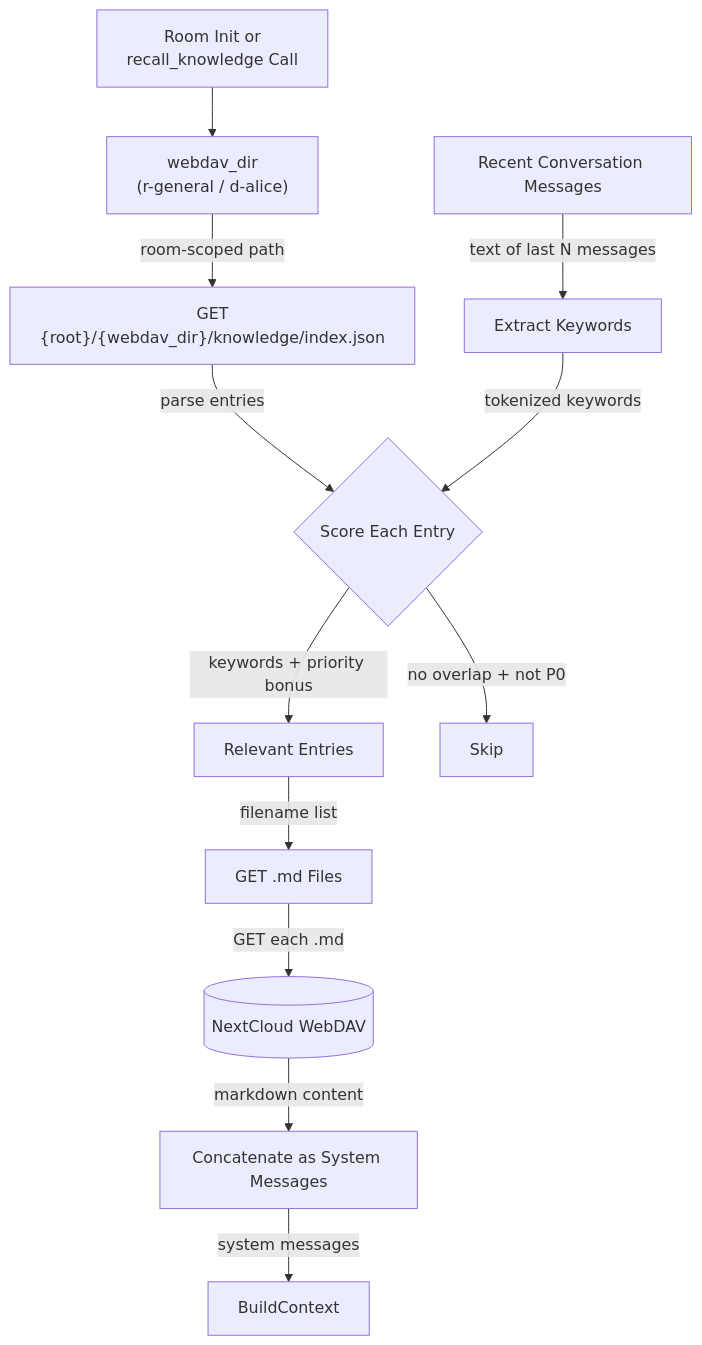
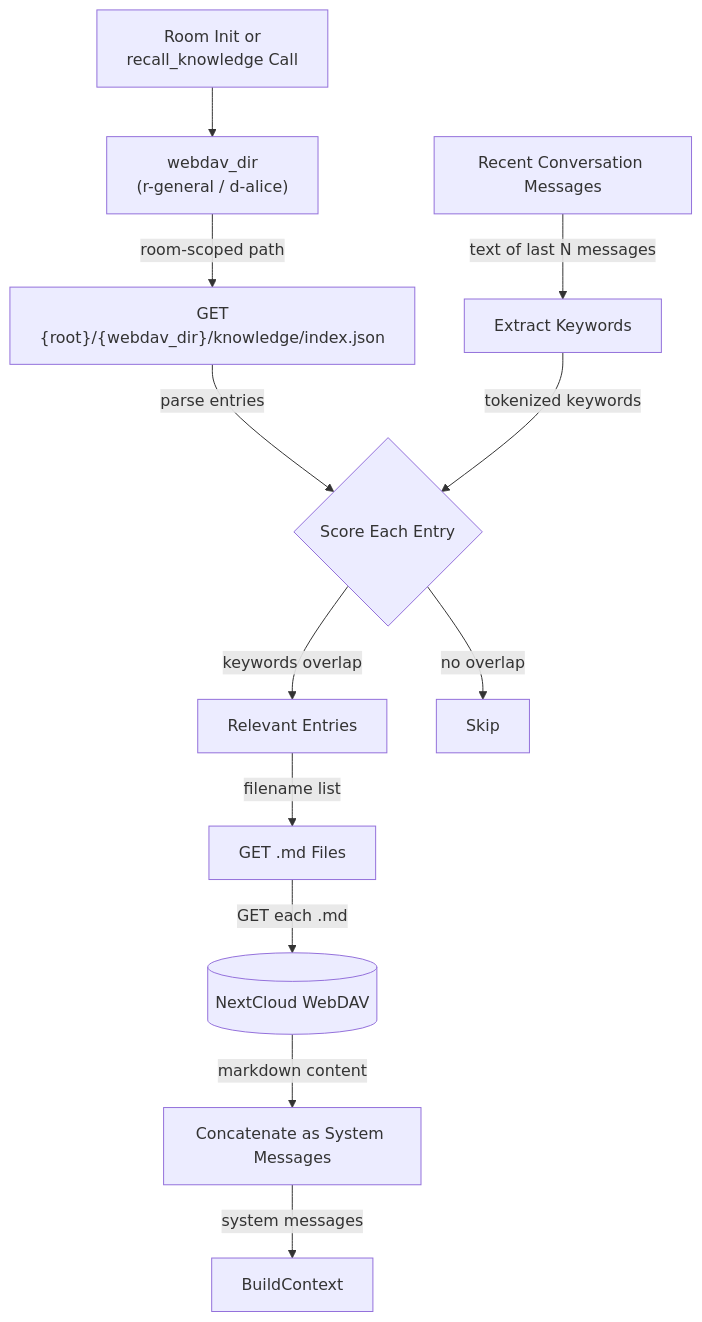
The fifth of 5 diagrams in _dfds/base/knowledge.md (cosmoswafer/rockbot), drawn with Mermaid before and after one commit. The commit also changed other lines of this file and 6 other files, not shown here.

````diff
--- a/_dfds/base/knowledge.md
+++ b/_dfds/base/knowledge.md
@@ -184,27 +184,27 @@
 ```mermaid
 flowchart TD
     INIT[Room Init or<br/>recall_knowledge Call]
     ROOM["webdav_dir<br/>(r-general / d-alice)"]
     GET_IDX["GET<br/>{root}/{webdav_dir}/knowledge/index.json"]
     DAV[(NextCloud WebDAV)]
     CTX_MSGS[Recent Conversation Messages]
     EXTRACT_KW[Extract Keywords]
     SCORE{Score Each Entry}
     RELEVANT[Relevant Entries]
     LOAD[GET .md Files]
     CONCAT[Concatenate as System Messages]
     INJECT[BuildContext]
     SKIP[Skip]
 
     INIT --> ROOM
     ROOM -->|"room-scoped path"| GET_IDX
     GET_IDX -->|"parse entries"| SCORE
     CTX_MSGS -->|"text of last N messages"| EXTRACT_KW
     EXTRACT_KW -->|"tokenized keywords"| SCORE
-    SCORE -->|"keywords + priority bonus"| RELEVANT
-    SCORE -->|"no overlap + not P0"| SKIP
+    SCORE -->|"keywords overlap"| RELEVANT
+    SCORE -->|"no overlap"| SKIP
     RELEVANT -->|"filename list"| LOAD
     LOAD -->|"GET each .md"| DAV
     DAV -->|"markdown content"| CONCAT
     CONCAT -->|"system messages"| INJECT
 ```
````
